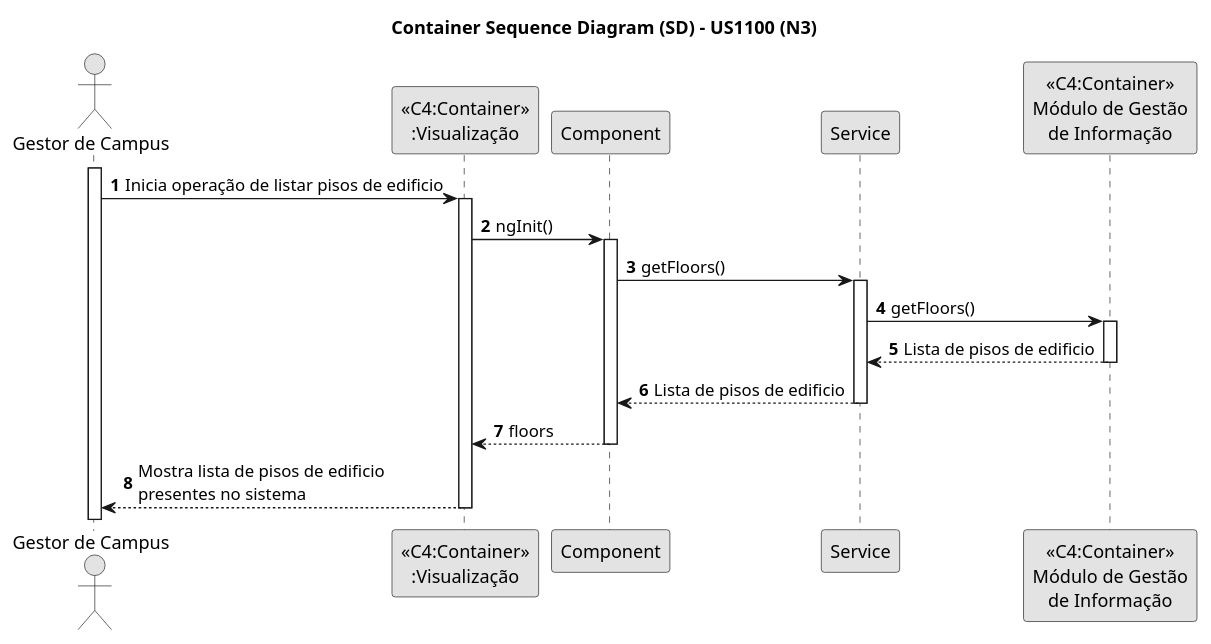
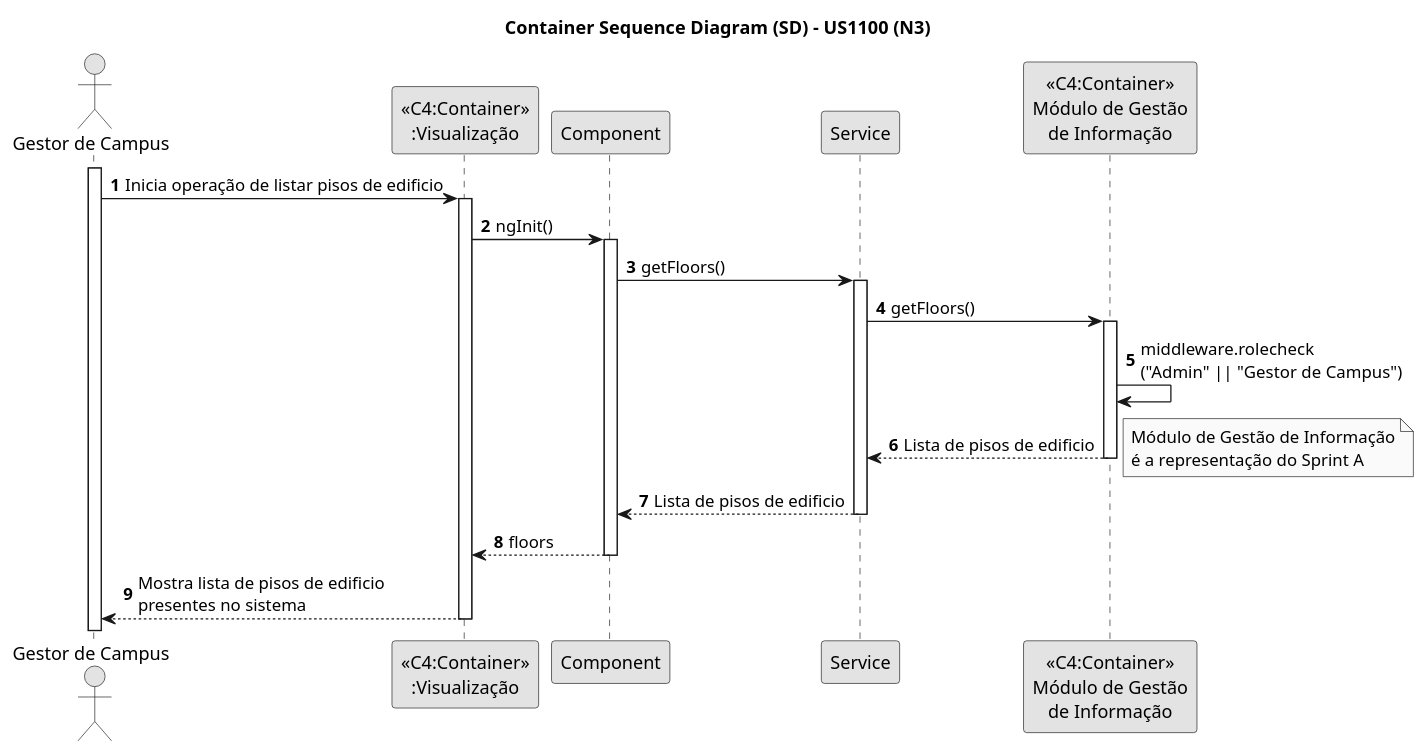
Before and after one commit to pedrocmesquita/RobDroneGo: the diagram in docs/SprintB/1210816/us1100/SD-N3-US1100.puml, drawn with PlantUML. The commit also changed 36 other files, not shown here.

```diff
--- a/docs/SprintB/1210816/us1100/SD-N3-US1100.puml
+++ b/docs/SprintB/1210816/us1100/SD-N3-US1100.puml
@@ -1,31 +1,33 @@
 @startuml
 skinparam monochrome true
 skinparam packageStyle rectangle
 skinparam shadowing false
 
 title Container Sequence Diagram (SD) - US1100 (N3)
 
 autonumber
 
 actor "Gestor de Campus"
 
 activate "Gestor de Campus"
 "Gestor de Campus" -> "<<C4:Container>>\n:Visualização": Inicia operação de listar pisos de edificio
 activate "<<C4:Container>>\n:Visualização"
 "<<C4:Container>>\n:Visualização" -> Component: ngInit()
 activate Component
 Component -> Service: getFloors()
 activate Service
 Service -> "<<C4:Container>>\nMódulo de Gestão\nde Informação" : getFloors()
 activate "<<C4:Container>>\nMódulo de Gestão\nde Informação"
+"<<C4:Container>>\nMódulo de Gestão\nde Informação" -> "<<C4:Container>>\nMódulo de Gestão\nde Informação": middleware.rolecheck\n("Admin" || "Gestor de Campus")
 "<<C4:Container>>\nMódulo de Gestão\nde Informação" --> Service : Lista de pisos de edificio
 deactivate "<<C4:Container>>\nMódulo de Gestão\nde Informação"
+note right: Módulo de Gestão de Informação\né a representação do Sprint A
 Service --> Component : Lista de pisos de edificio
 deactivate Service
 Component --> "<<C4:Container>>\n:Visualização" : floors
 deactivate Component
 
 "<<C4:Container>>\n:Visualização" --> "Gestor de Campus": Mostra lista de pisos de edificio\npresentes no sistema
 deactivate "<<C4:Container>>\n:Visualização"
 
 @enduml
```
